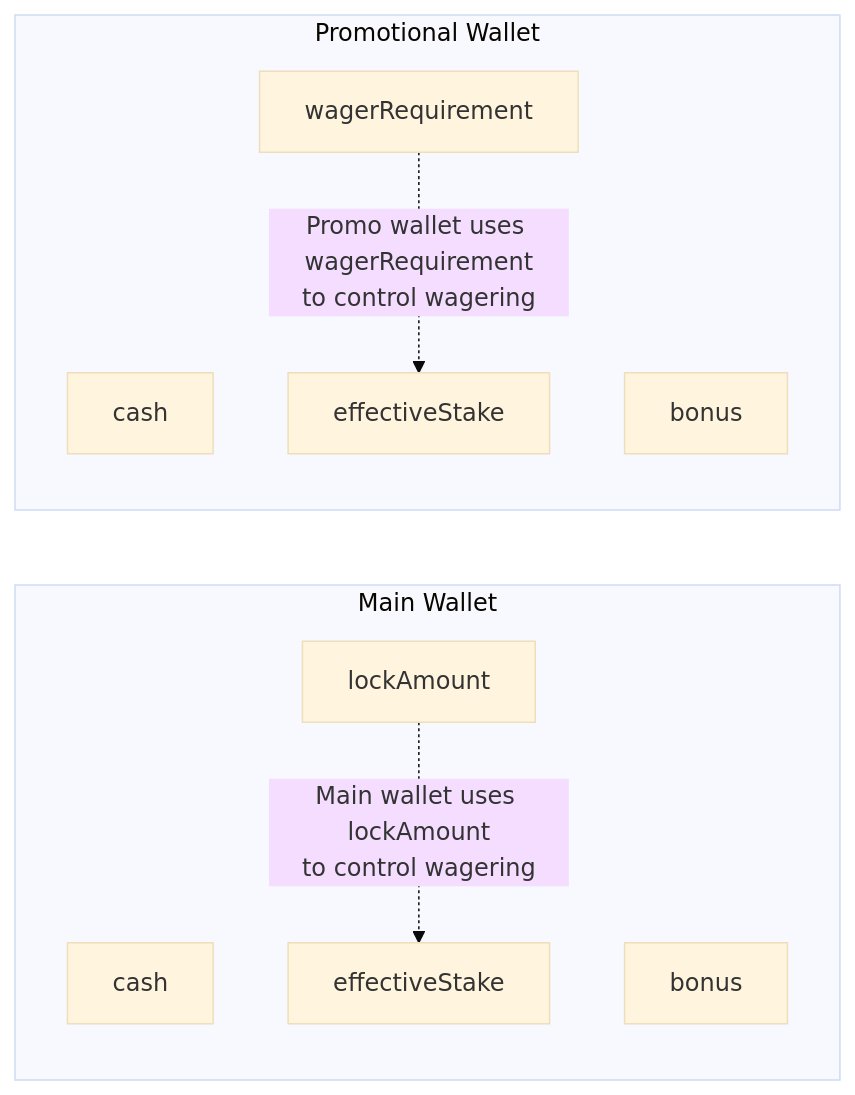
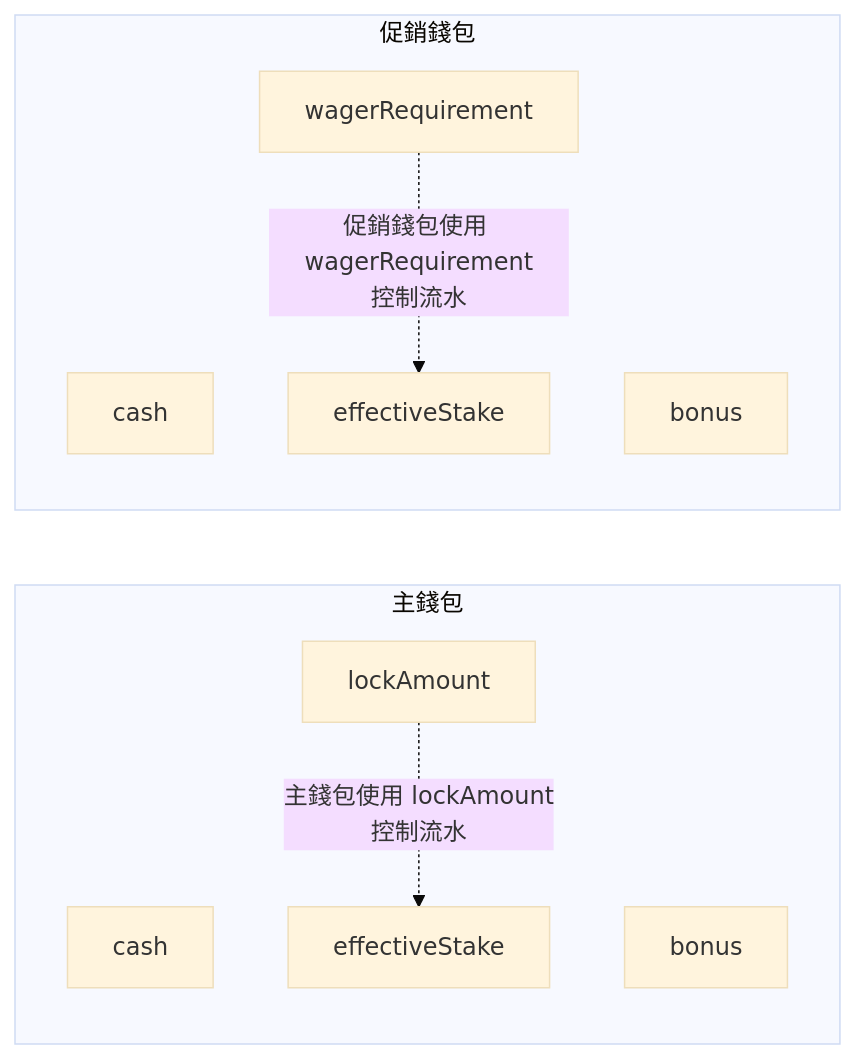
Before and after one commit to ron03wlb/smart-admin: the fourth of 6 diagrams in docs/iGaming/architecture/02_Finance_Service/Turnover_Calculation_Logic_Detail.md, drawn with Mermaid (base theme). The commit also changed other lines of this file and 4 other files, not shown here.

````diff
--- a/docs/iGaming/architecture/02_Finance_Service/Turnover_Calculation_Logic_Detail.md
+++ b/docs/iGaming/architecture/02_Finance_Service/Turnover_Calculation_Logic_Detail.md
@@ -192,19 +192,19 @@
 ```mermaid
 flowchart LR
-    subgraph Main["Main Wallet"]
+    subgraph Main["主錢包"]
         M1[cash]
         M2[bonus]
         M3[lockAmount]
         M4[effectiveStake]
     end
 
-    subgraph Promo["Promotional Wallet"]
+    subgraph Promo["促銷錢包"]
         P1[cash]
         P2[bonus]
         P3[wagerRequirement]
         P4[effectiveStake]
     end
 
-    M3 -.->|"Main wallet uses lockAmount<br/>to control wagering"| M4
-    P3 -.->|"Promo wallet uses wagerRequirement<br/>to control wagering"| P4
+    M3 -.->|"主錢包使用 lockAmount<br/>控制流水"| M4
+    P3 -.->|"促銷錢包使用 wagerRequirement<br/>控制流水"| P4
 ```
````
